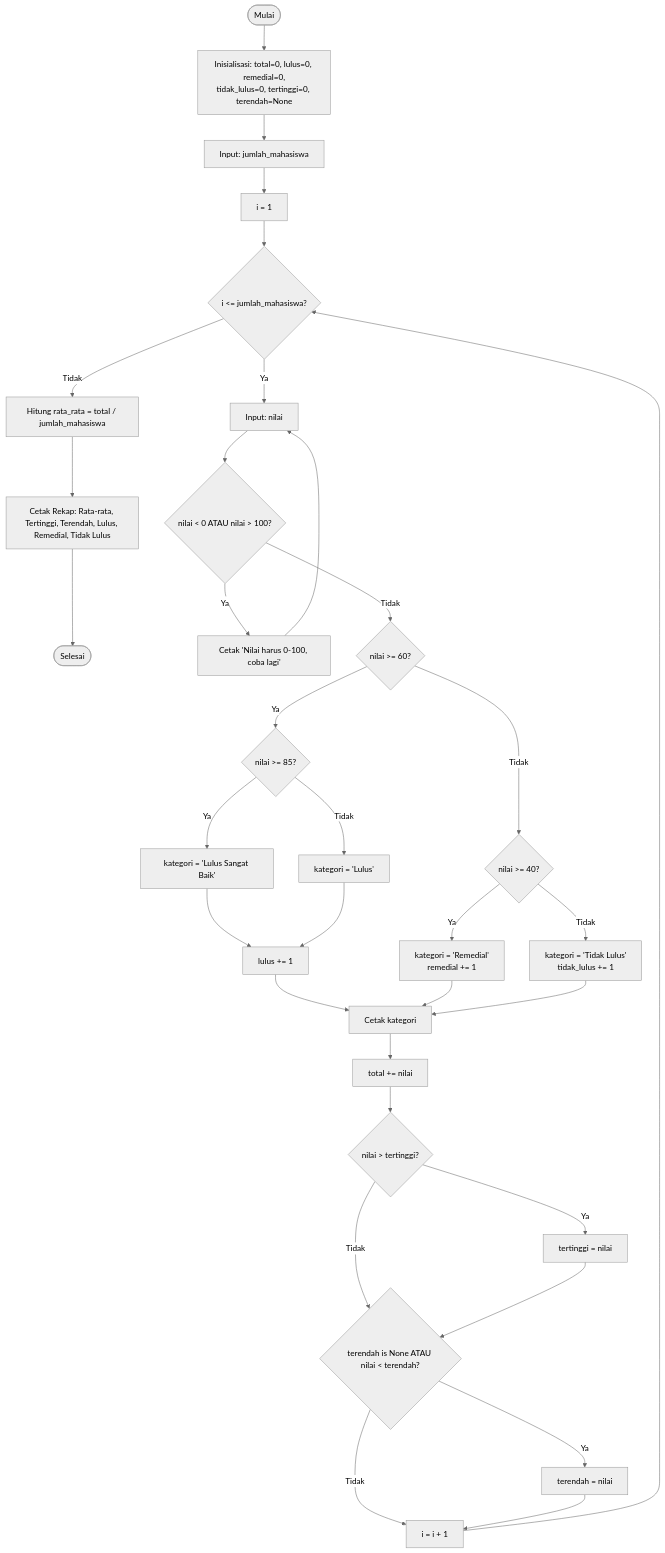
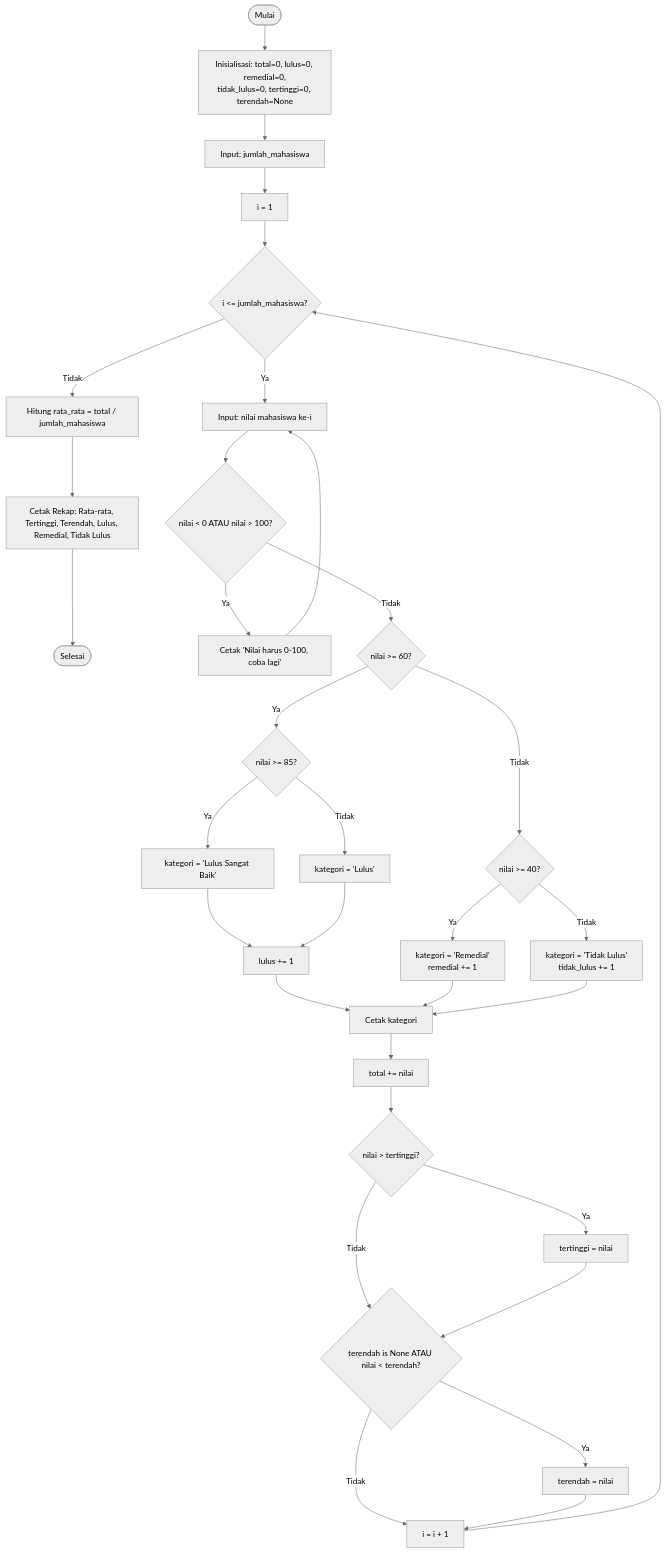
The diagram in Week-2/Readme.md (Deanity/praktikum-alpro), drawn with Mermaid (neutral theme) before and after one commit. The commit also changed other lines of this file and 8 other files, not shown here.

````diff
--- a/Week-2/Readme.md
+++ b/Week-2/Readme.md
@@ -57,35 +48,35 @@
 ```mermaid
 flowchart TD
     A([Mulai]) --> B["Inisialisasi: total=0, lulus=0, remedial=0,<br>tidak_lulus=0, tertinggi=0, terendah=None"]
     B --> C["Input: jumlah_mahasiswa"]
     C --> D["i = 1"]
     D --> E{i <= jumlah_mahasiswa?}
     E -- Tidak --> F["Hitung rata_rata = total / jumlah_mahasiswa"]
     F --> G["Cetak Rekap: Rata-rata, Tertinggi, Terendah, Lulus, Remedial, Tidak Lulus"]
     G --> H([Selesai])
-    E -- Ya --> I["Input: nilai"]
+    E -- Ya --> I["Input: nilai mahasiswa ke-i"]
     I --> J{nilai < 0 ATAU nilai > 100?}
     J -- Ya --> K["Cetak 'Nilai harus 0-100, coba lagi'"]
     K --> I
     J -- Tidak --> L{nilai >= 60?}
     L -- Ya --> M{nilai >= 85?}
     M -- Ya --> M1["kategori = 'Lulus Sangat Baik'"]
     M -- Tidak --> M2["kategori = 'Lulus'"]
     M1 --> M3["lulus += 1"]
     M2 --> M3
     L -- Tidak --> N{nilai >= 40?}
     N -- Ya --> N1["kategori = 'Remedial'<br>remedial += 1"]
     N -- Tidak --> N2["kategori = 'Tidak Lulus'<br>tidak_lulus += 1"]
     M3 --> O["Cetak kategori"]
     N1 --> O
     N2 --> O
     O --> P["total += nilai"]
     P --> Q{nilai > tertinggi?}
     Q -- Ya --> Q1["tertinggi = nilai"]
     Q -- Tidak --> R
     Q1 --> R{terendah is None ATAU nilai < terendah?}
     R -- Ya --> R1["terendah = nilai"]
     R -- Tidak --> S["i = i + 1"]
     R1 --> S
     S --> E
 ```
````
